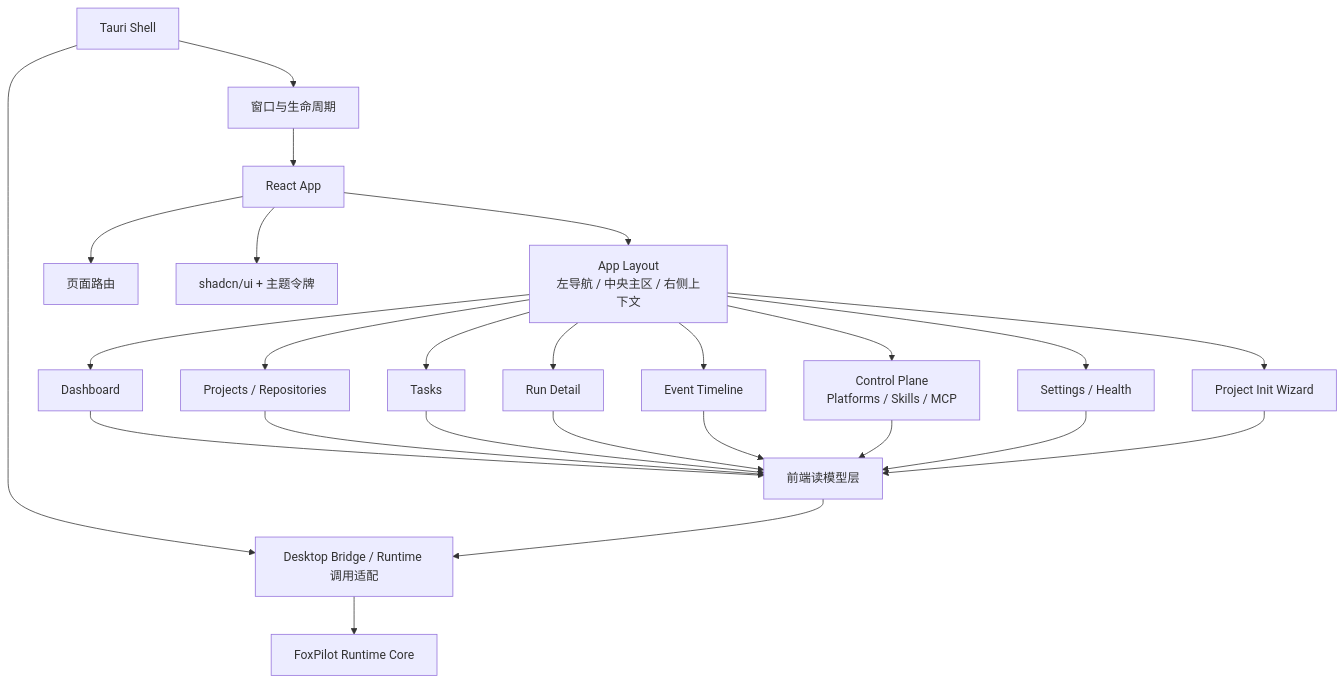
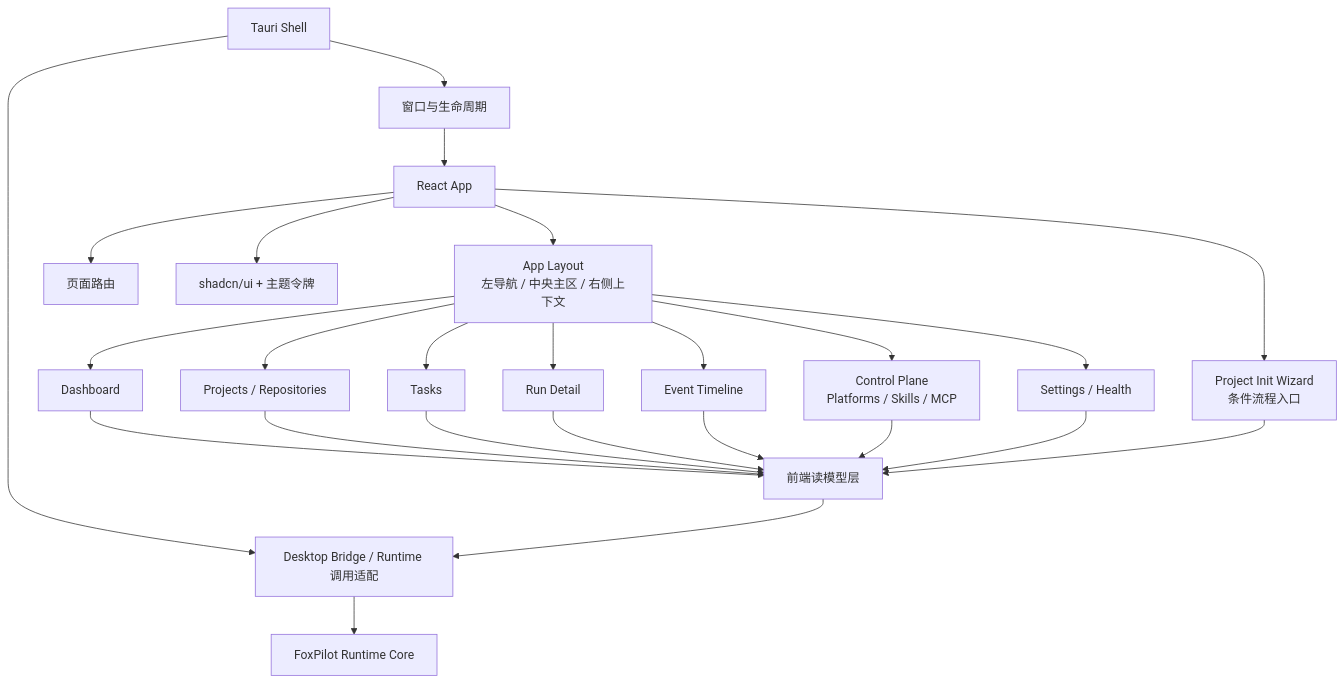
The diagram in docs/specs/foxpilot-phase2-desktop-module-diagram.md (MichealJou/FoxPoilt), drawn with Mermaid before and after one commit. The commit also changed other lines of this file and 7 other files, not shown here.

````diff
--- a/docs/specs/foxpilot-phase2-desktop-module-diagram.md
+++ b/docs/specs/foxpilot-phase2-desktop-module-diagram.md
@@ -13,31 +13,31 @@
 ```mermaid
 flowchart TD
   Shell["Tauri Shell"] --> Window["窗口与生命周期"]
   Shell --> Bridge["Desktop Bridge / Runtime 调用适配"]
 
   Window --> App["React App"]
   App --> Layout["App Layout<br/>左导航 / 中央主区 / 右侧上下文"]
   App --> Router["页面路由"]
   App --> Theme["shadcn/ui + 主题令牌"]
 
   Layout --> Dashboard["Dashboard"]
   Layout --> Projects["Projects / Repositories"]
   Layout --> Tasks["Tasks"]
   Layout --> Runs["Run Detail"]
   Layout --> Events["Event Timeline"]
   Layout --> Control["Control Plane<br/>Platforms / Skills / MCP"]
   Layout --> Settings["Settings / Health"]
-  Layout --> Wizard["Project Init Wizard"]
 
   Dashboard --> ReadModel["前端读模型层"]
   Projects --> ReadModel
   Tasks --> ReadModel
   Runs --> ReadModel
   Events --> ReadModel
   Control --> ReadModel
   Settings --> ReadModel
+  App --> Wizard["Project Init Wizard<br/>条件流程入口"]
   Wizard --> ReadModel
 
   ReadModel --> Bridge
   Bridge --> Runtime["FoxPilot Runtime Core"]
 ```
````
